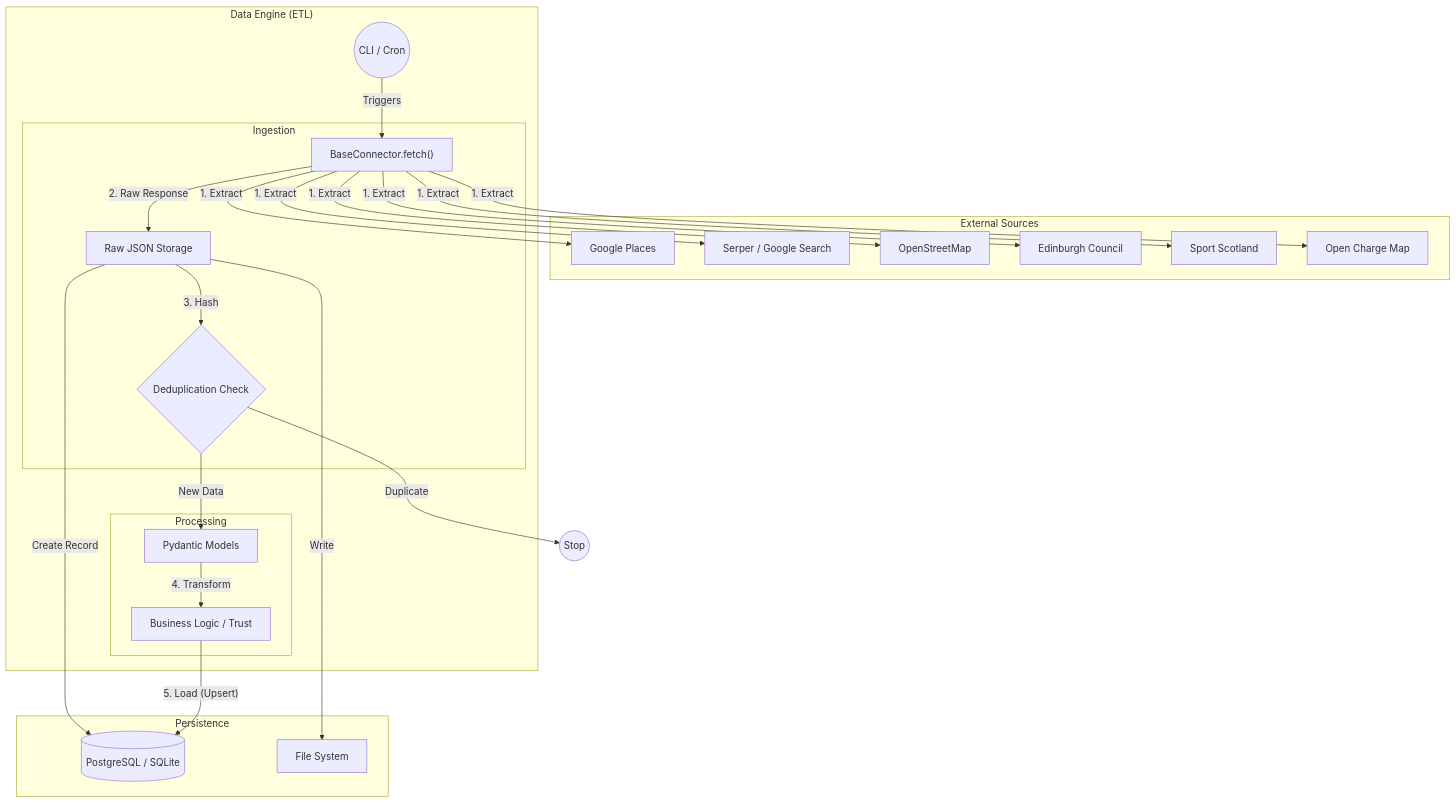
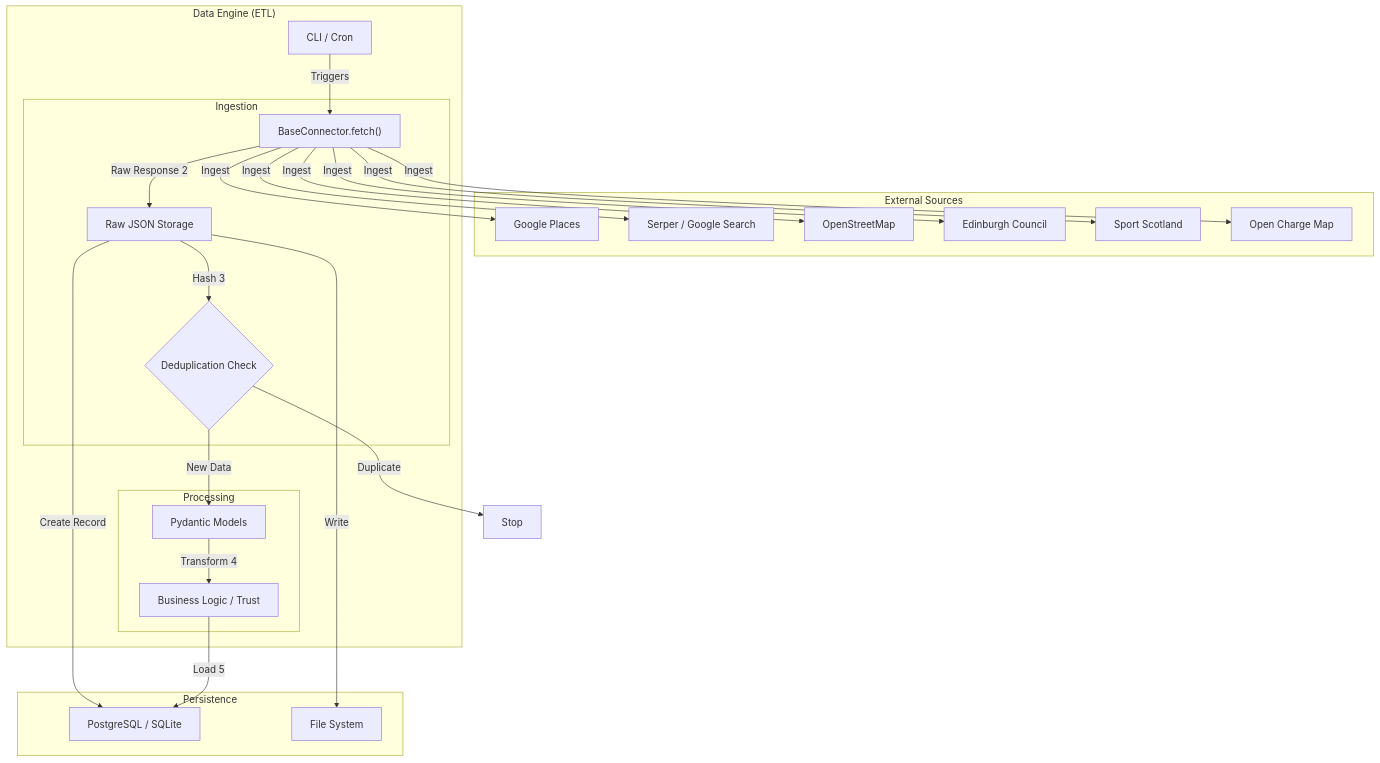
One commit to LarjGit/edinburgh-finds changed the second of 3 diagrams in ARCHITECTURE.md. Above: the diagram before and after it, drawn with Mermaid. The commit also changed other lines of this file and 8 other files, not shown here.

Commit message:
docs: update mermaid standards and C4 diagrams

````diff
--- a/ARCHITECTURE.md
+++ b/ARCHITECTURE.md
@@ -117,51 +125,51 @@
 ```mermaid
 graph TD
-    subgraph "External Sources"
-        Google[Google Places]
+    subgraph ExternalSources["External Sources"]
+        Google["Google Places"]
         Serper["Serper / Google Search"]
-        OSM[OpenStreetMap]
-        Council[Edinburgh Council]
-        SportScot[Sport Scotland]
-        OCM[Open Charge Map]
+        OSM["OpenStreetMap"]
+        Council["Edinburgh Council"]
+        SportScot["Sport Scotland"]
+        OCM["Open Charge Map"]
     end
 
-    subgraph "Data Engine (ETL)"
-        CLI((CLI / Cron))
-        
-        subgraph "Ingestion"
+    subgraph DataEngineETL["Data Engine (ETL)"]
+        CLI["CLI / Cron"]
+
+        subgraph IngestionGroup["Ingestion"]
             Fetcher["BaseConnector.fetch()"]
-            RawStore[Raw JSON Storage]
-            Dedup{Deduplication Check}
+            RawStore["Raw JSON Storage"]
+            Dedup{"Deduplication Check"}
         end
-        
-        subgraph "Processing"
-            Parser[Pydantic Models]
+
+        subgraph ProcessingGroup["Processing"]
+            Parser["Pydantic Models"]
             Logic["Business Logic / Trust"]
         end
     end
 
-    subgraph "Persistence"
-        DB[(PostgreSQL / SQLite)]
-        Files[File System]
+    subgraph PersistenceGroup["Persistence"]
+        DB["PostgreSQL / SQLite"]
+        Files["File System"]
     end
 
     CLI -->|"Triggers"| Fetcher
-    
-    Fetcher -->|"1. Extract"| Google
-    Fetcher -->|"1. Extract"| Serper
-    Fetcher -->|"1. Extract"| OSM
-    Fetcher -->|"1. Extract"| Council
-    Fetcher -->|"1. Extract"| SportScot
-    Fetcher -->|"1. Extract"| OCM
-    
-    Fetcher -->|"2. Raw Response"| RawStore
+
+    Fetcher -->|"Ingest"| Google
+    Fetcher -->|"Ingest"| Serper
+    Fetcher -->|"Ingest"| OSM
+    Fetcher -->|"Ingest"| Council
+    Fetcher -->|"Ingest"| SportScot
+    Fetcher -->|"Ingest"| OCM
+
+    Fetcher -->|"Raw Response 2"| RawStore
     RawStore -->|"Write"| Files
     RawStore -->|"Create Record"| DB
-    
-    RawStore -->|"3. Hash"| Dedup
-    Dedup -- "Duplicate" --> Stop((Stop))
-    Dedup -- "New Data" --> Parser
-    
-    Parser -->|"4. Transform"| Logic
-    Logic -->|"5. Load (Upsert)"| DB
+
+    RawStore -->|"Hash 3"| Dedup
+    Dedup -->|"Duplicate"| Stop["Stop"]
+    Dedup -->|"New Data"| Parser
+
+    Parser -->|"Transform 4"| Logic
+    Logic -->|"Load 5"| DB
 ```
````
